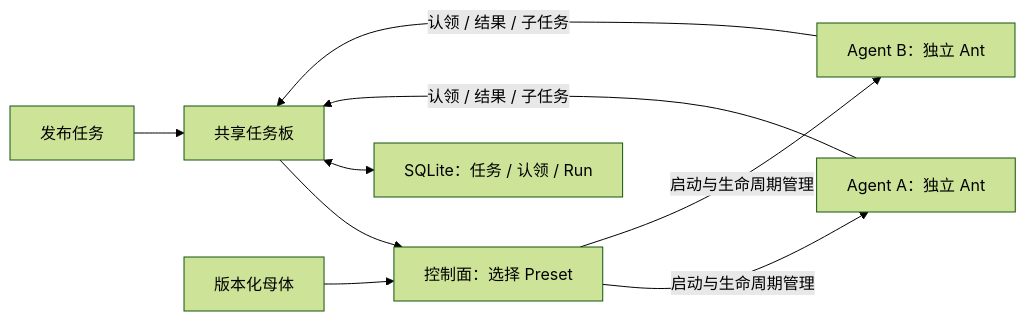
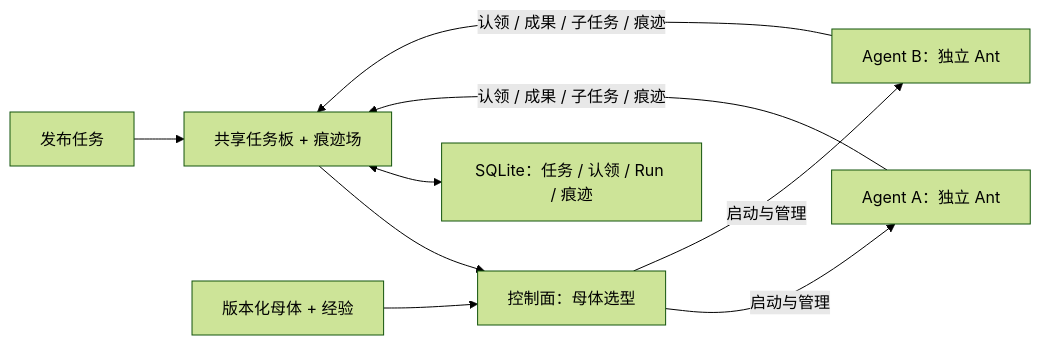
The diagram in README.zh-CN.md (NeoPanic/Ant3), drawn with Mermaid (forest theme) before and after one commit. The commit also changed other lines of this file and 1 other file, not shown here.

````diff
--- a/README.zh-CN.md
+++ b/README.zh-CN.md
@@ -94,11 +128,11 @@
 ```mermaid
 flowchart LR
-    Entry[发布任务] --> Board[共享任务板]
-    Board --> Control[控制面：选择 Preset]
-    Preset[版本化母体] --> Control
-    Control -->|启动与生命周期管理| A[Agent A：独立 Ant]
-    Control -->|启动与生命周期管理| B[Agent B：独立 Ant]
-    A -->|认领 / 结果 / 子任务| Board
-    B -->|认领 / 结果 / 子任务| Board
-    Board <--> State[SQLite：任务 / 认领 / Run]
+    Entry[发布任务] --> Board[共享任务板 + 痕迹场]
+    Board --> Control[控制面：母体选型]
+    Preset[版本化母体 + 经验] --> Control
+    Control -->|启动与管理| A[Agent A：独立 Ant]
+    Control -->|启动与管理| B[Agent B：独立 Ant]
+    A -->|认领 / 成果 / 子任务 / 痕迹| Board
+    B -->|认领 / 成果 / 子任务 / 痕迹| Board
+    Board <--> State[SQLite：任务 / 认领 / Run / 痕迹]
 ```
````
